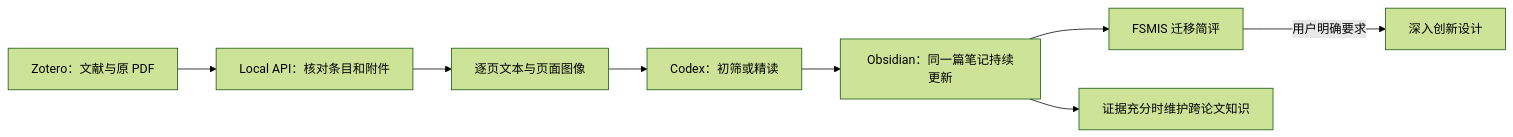
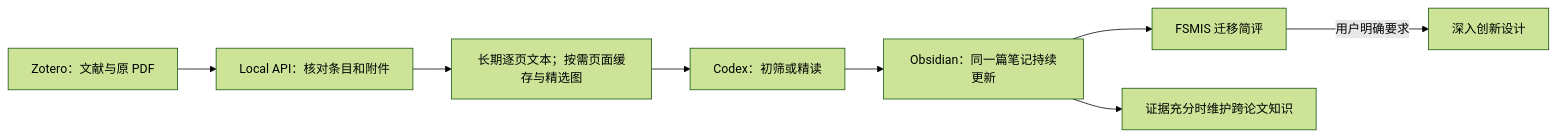
One commit to mayByt/fsmis-research-workflow changed the diagram in README.md. Above: the diagram before and after it, drawn with Mermaid (forest theme). The commit also changed other lines of this file and 12 other files, not shown here.

````diff
--- a/README.md
+++ b/README.md
@@ -37,10 +39,10 @@
 ```mermaid
 flowchart LR
   Z[Zotero：文献与原 PDF] --> A[Local API：核对条目和附件]
-  A --> F[逐页文本与页面图像]
+  A --> F[长期逐页文本；按需页面缓存与精选图]
   F --> C[Codex：初筛或精读]
   C --> N[Obsidian：同一篇笔记持续更新]
   N --> B[FSMIS 迁移简评]
   N --> K[证据充分时维护跨论文知识]
   B -->|用户明确要求| I[深入创新设计]
 ```
````
